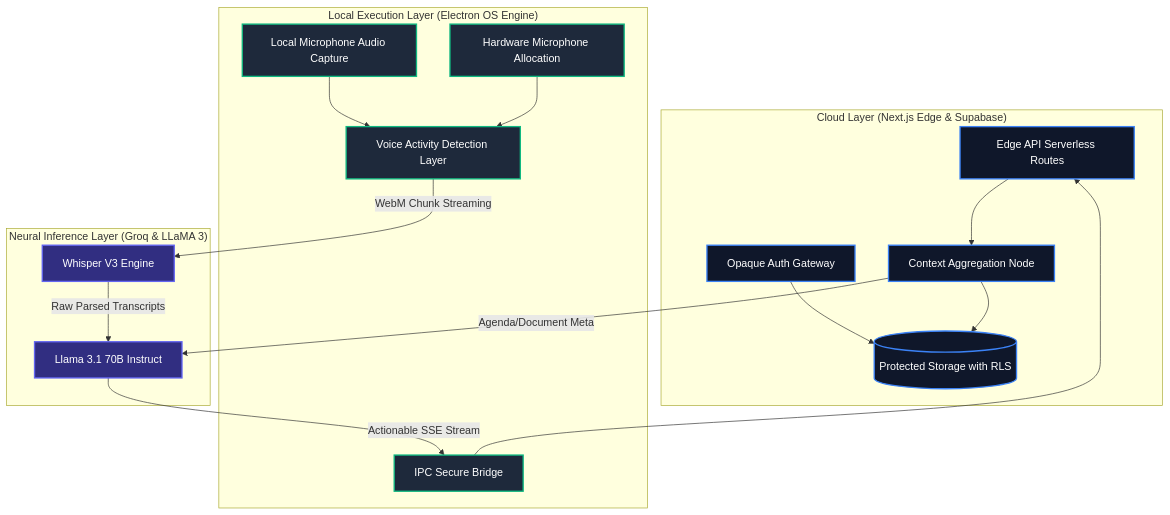
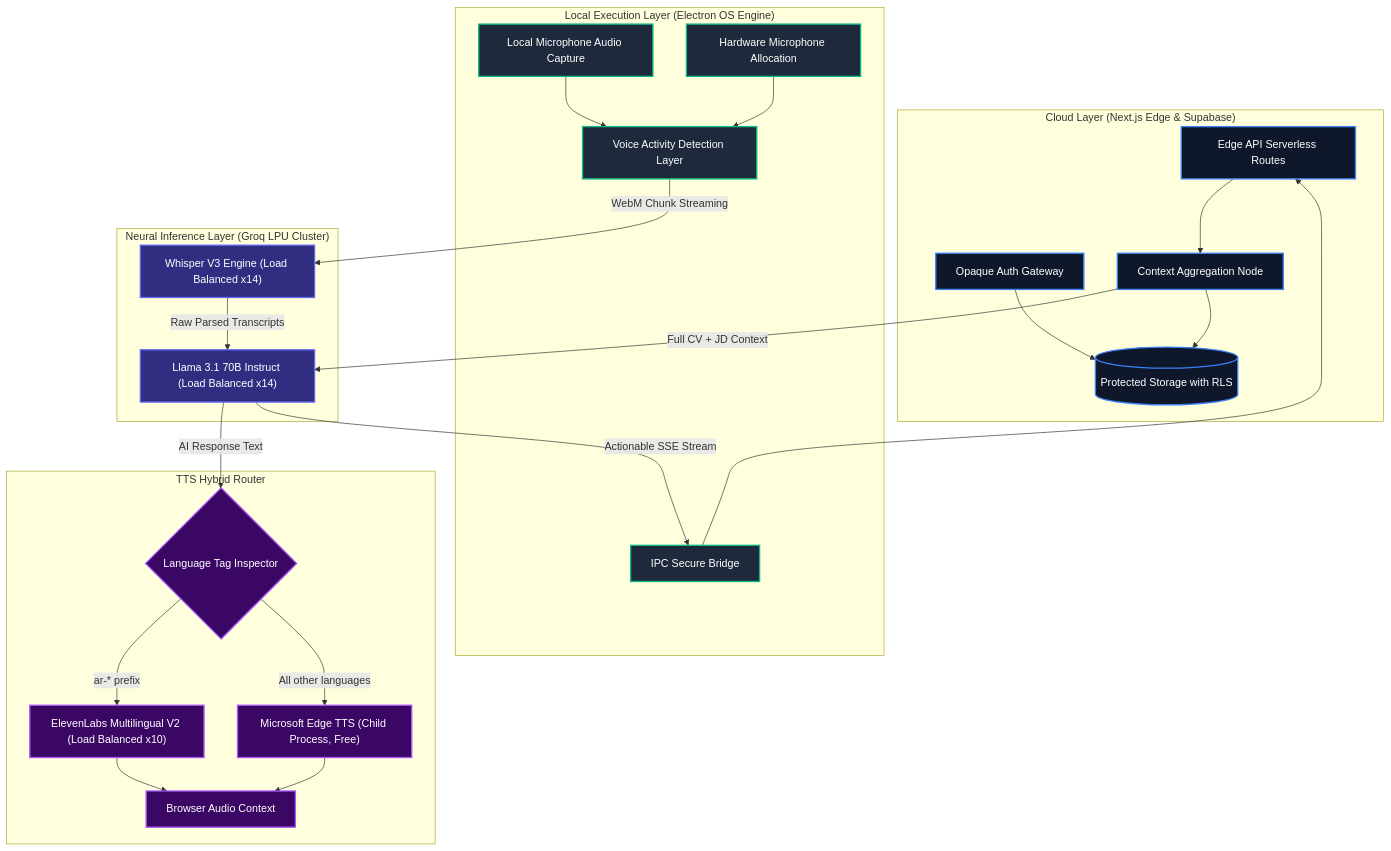
The first of 8 diagrams in README.md (ziademad02153/ZEDX-AI-Assistant), drawn with Mermaid before and after one commit. The commit also changed other lines of this file, not shown here.

Commit message:
docs: Comprehensive README update with TTS routing, load balancing, and audio pipeline architecture

````diff
--- a/README.md
+++ b/README.md
@@ -65,29 +98,39 @@
 ```mermaid
 graph TD
     subgraph CloudLayer ["Cloud Layer (Next.js Edge & Supabase)"]
         AUTH["Opaque Auth Gateway"] --> DB[("Protected Storage with RLS")]
         API["Edge API Serverless Routes"] --> CONTEXT_SERVER["Context Aggregation Node"]
         CONTEXT_SERVER --> DB
     end
 
     subgraph LocalExecutionLayer ["Local Execution Layer (Electron OS Engine)"]
         SYS["Local Microphone Audio Capture"] --> VAD["Voice Activity Detection Layer"]
         MIC["Hardware Microphone Allocation"] --> VAD
         IPC["IPC Secure Bridge"] --> API
     end
 
-    subgraph NeuralInferenceLayer ["Neural Inference Layer (Groq & LLaMA 3)"]
-        VAD -- "WebM Chunk Streaming" --> WHISPER["Whisper V3 Engine"]
-        WHISPER -- "Raw Parsed Transcripts" --> LLM["Llama 3.1 70B Instruct"]
-        CONTEXT_SERVER -- "Agenda/Document Meta" --> LLM
+    subgraph NeuralInferenceLayer ["Neural Inference Layer (Groq LPU Cluster)"]
+        VAD -- "WebM Chunk Streaming" --> WHISPER["Whisper V3 Engine (Load Balanced x14)"]
+        WHISPER -- "Raw Parsed Transcripts" --> LLM["Llama 3.1 70B Instruct (Load Balanced x14)"]
+        CONTEXT_SERVER -- "Full CV + JD Context" --> LLM
         LLM -- "Actionable SSE Stream" --> IPC
+    end
+
+    subgraph TTSHybridLayer ["TTS Hybrid Router"]
+        LLM -- "AI Response Text" --> LANG_DETECT{"Language Tag Inspector"}
+        LANG_DETECT -- "ar-* prefix" --> ELEVEN["ElevenLabs Multilingual V2 (Load Balanced x10)"]
+        LANG_DETECT -- "All other languages" --> EDGE["Microsoft Edge TTS (Child Process, Free)"]
+        ELEVEN --> AUDIO_OUT["Browser Audio Context"]
+        EDGE --> AUDIO_OUT
     end
 
     classDef cloud fill:#0f172a,stroke:#3b82f6,stroke-width:2px,color:#fff;
     classDef local fill:#1e293b,stroke:#10b981,stroke-width:2px,color:#fff;
     classDef neural fill:#312e81,stroke:#6366f1,stroke-width:2px,color:#fff;
+    classDef tts fill:#3b0764,stroke:#a855f7,stroke-width:2px,color:#fff;
 
     class AUTH,DB,API,CONTEXT_SERVER cloud;
     class SYS,MIC,VAD,IPC local;
     class WHISPER,LLM neural;
+    class LANG_DETECT,ELEVEN,EDGE,AUDIO_OUT tts;
 ```
````
